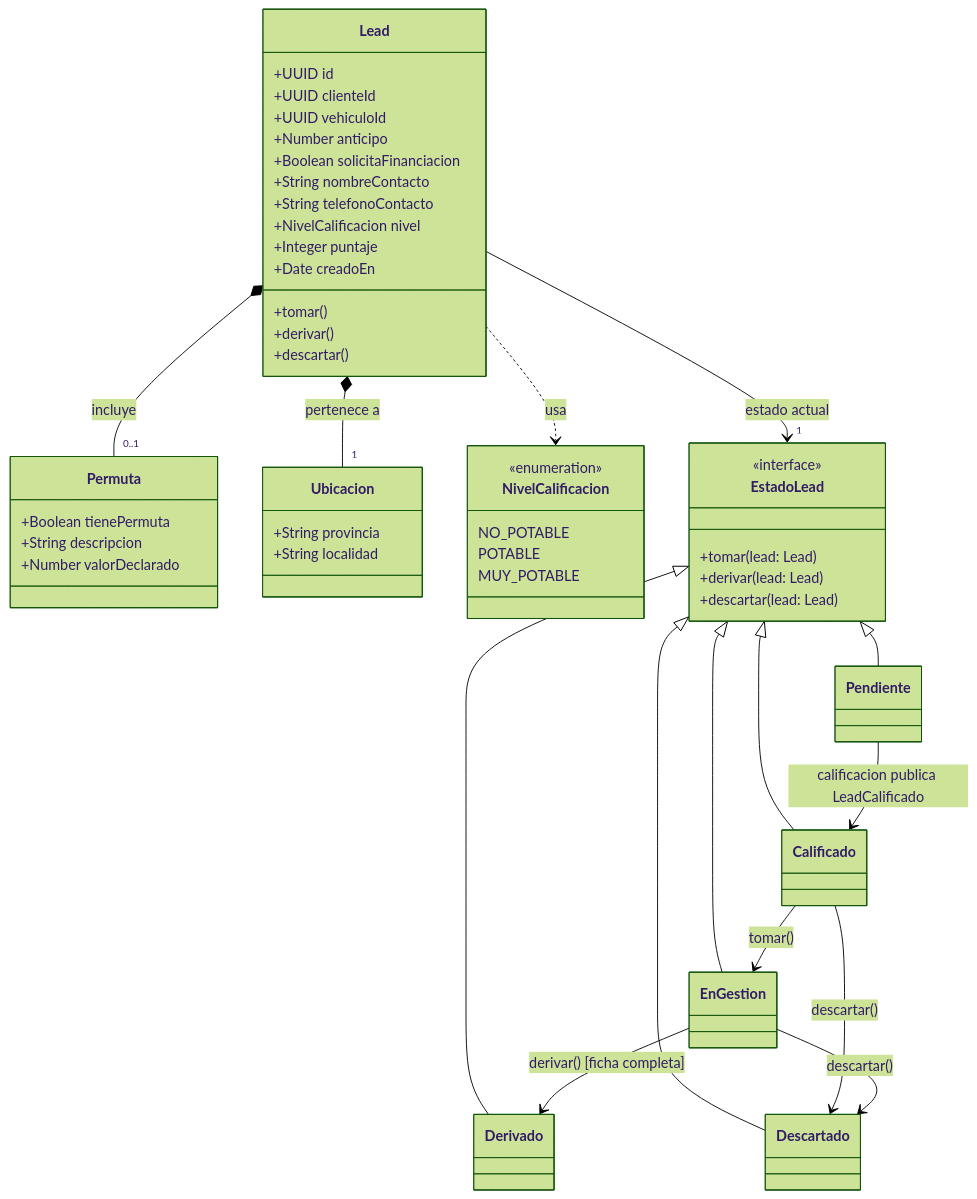
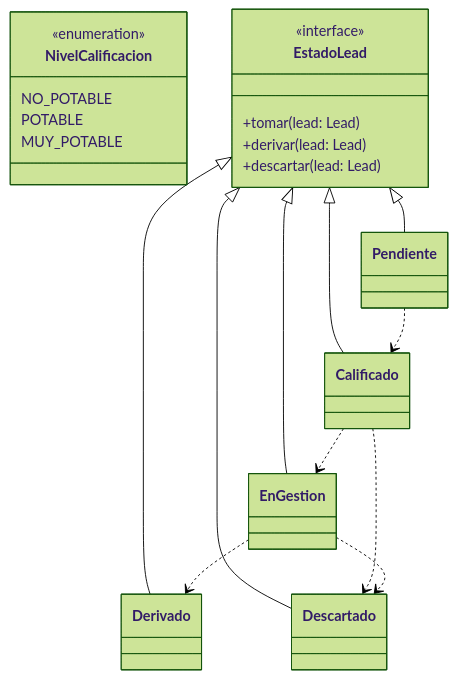
Before and after one commit to naimgaunaa/LeadsMicroservice: the diagram in docs/diagrams/diagrama_clases.mmd, drawn with Mermaid (forest theme). The commit also changed 2 other files, not shown here.

Commit message:
Update env config and domain diagrams
This commit adds the service and environment variables used by the app to the example env file and documents the new lead timestamp field in the ER diagram. It also simplifies the class diagram by removing the concrete Lead/Permuta/Ubicacion model details and keeping the state-machine relationships clearer.

```diff
--- a/docs/diagrams/diagrama_clases.mmd
+++ b/docs/diagrams/diagrama_clases.mmd
@@ -1,69 +1,33 @@
 classDiagram
-    class Lead {
-        +UUID id
-        +UUID clienteId
-        +UUID vehiculoId
-        +Number anticipo
-        +Boolean solicitaFinanciacion
-        +String nombreContacto
-        +String telefonoContacto
-        +NivelCalificacion nivel
-        +Integer puntaje
-        +Date creadoEn
-        +tomar()
-        +derivar()
-        +descartar()
-    }
-
-    class Permuta {
-        +Boolean tienePermuta
-        +String descripcion
-        +Number valorDeclarado
-    }
-
-    class Ubicacion {
-        +String provincia
-        +String localidad
-    }
-
     class NivelCalificacion {
         <<enumeration>>
         NO_POTABLE
         POTABLE
         MUY_POTABLE
     }
 
     class EstadoLead {
         <<interface>>
         +tomar(lead: Lead)
         +derivar(lead: Lead)
         +descartar(lead: Lead)
     }
 
     class Pendiente { }
     class Calificado { }
     class EnGestion { }
     class Derivado { }
     class Descartado { }
 
-    %% Value objects contenidos en Lead
-    Lead *-- "0..1" Permuta : incluye
-    Lead *-- "1" Ubicacion : pertenece a
-
-    %% El nivel es un enum del dominio de Lead
-    Lead ..> NivelCalificacion : usa
-
-    %% Patrón State
-    Lead --> "1" EstadoLead : estado actual
+    %%---patron state---%%
     EstadoLead <|-- Pendiente
     EstadoLead <|-- Calificado
     EstadoLead <|-- EnGestion
     EstadoLead <|-- Derivado
     EstadoLead <|-- Descartado
 
-    %% Transiciones válidas del ciclo de vida (Figura 6)
-    Pendiente --> Calificado : calificacion publica LeadCalificado
-    Calificado --> EnGestion : tomar()
-    Calificado --> Descartado : descartar()
-    EnGestion --> Derivado : derivar() [ficha completa]
-    EnGestion --> Descartado : descartar()
+    Pendiente ..> Calificado
+    Calificado ..> EnGestion
+    Calificado ..> Descartado
+    EnGestion ..> Derivado
+    EnGestion ..> Descartado
```
